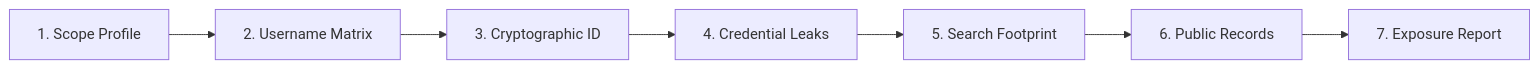
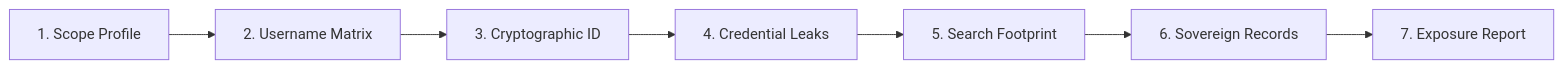
Before and after one commit to mrnickpeer/Visage: the second of 2 diagrams in README.md, drawn with Mermaid. The commit also changed other lines of this file and 7 other files, not shown here.

````diff
--- a/README.md
+++ b/README.md
@@ -32,9 +60,9 @@
 ```mermaid
 flowchart LR
-    S1["1. Scope Profile"] --> S2["2. Username Matrix"]
-    S2 --> S3["3. Cryptographic ID"]
-    S3 --> S4["4. Credential Leaks"]
-    S4 --> S5["5. Search Footprint"]
-    S5 --> S6["6. Public Records"]
-    S6 --> S7["7. Exposure Report"]
+    D1["1. Scope Profile"] --> D2["2. Username Matrix"]
+    D2 --> D3["3. Cryptographic ID"]
+    D3 --> D4["4. Credential Leaks"]
+    D4 --> D5["5. Search Footprint"]
+    D5 --> D6["6. Sovereign Records"]
+    D6 --> D7["7. Exposure Report"]
 ```
````
